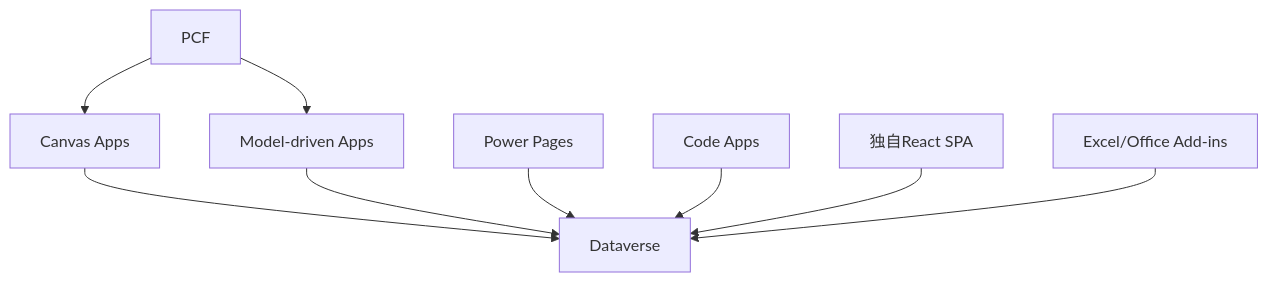
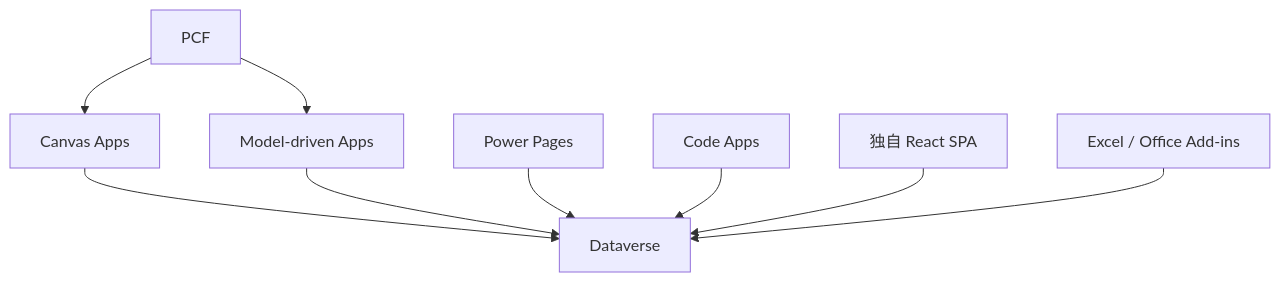
Before and after one commit to n-Sakana/sakana-oss: the seventh of 8 diagrams in notes/dataverse-learning-resume-2026-05-18.md, drawn with Mermaid. The commit also changed other lines of this file, not shown here.

````diff
--- a/notes/dataverse-learning-resume-2026-05-18.md
+++ b/notes/dataverse-learning-resume-2026-05-18.md
@@ -703,20 +702,20 @@
 ```mermaid
 graph TD
     DV[Dataverse]
     Canvas[Canvas Apps]
     Model[Model-driven Apps]
     Pages[Power Pages]
     PCF[PCF]
     Code[Code Apps]
-    SPA[独自React SPA]
-    Excel[Excel/Office Add-ins]
+    SPA[独自 React SPA]
+    Excel[Excel / Office Add-ins]
 
     Canvas --> DV
     Model --> DV
     Pages --> DV
     PCF --> Model
     PCF --> Canvas
     Code --> DV
     SPA --> DV
     Excel --> DV
 ```
````
